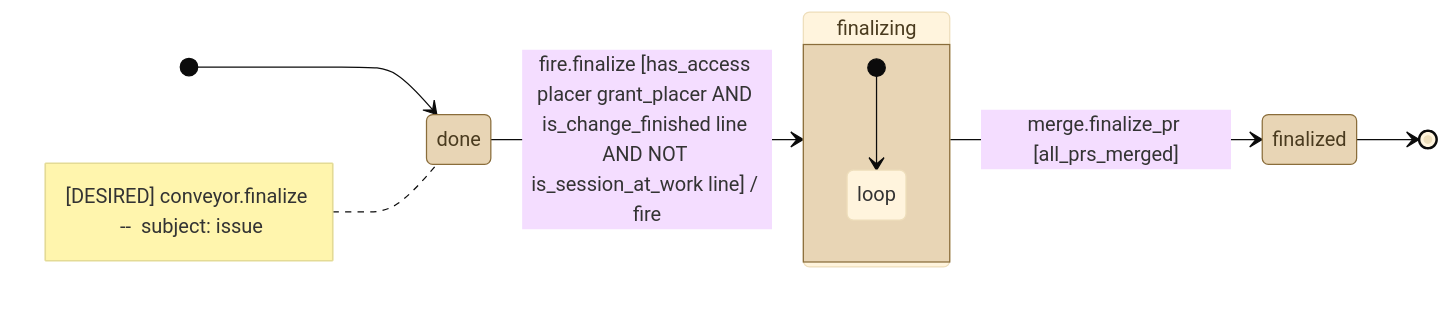
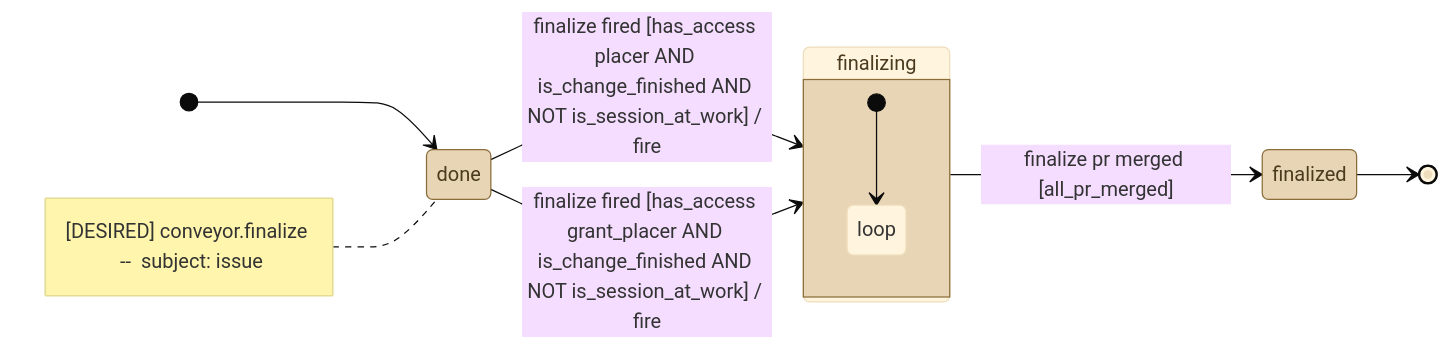
One commit to kostiantyn-matsebora/agent-ops-operator changed the diagram in .github/conveyor-model/mermaid/desired/conveyor_finalize.mmd. Above: the diagram before and after it, drawn with Mermaid (base theme). The commit also changed 4 other files, not shown here.

```diff
--- a/.github/conveyor-model/mermaid/desired/conveyor_finalize.mmd
+++ b/.github/conveyor-model/mermaid/desired/conveyor_finalize.mmd
@@ -1,19 +1,20 @@
 stateDiagram-v2
     direction LR
     [*] --> done
     note left of done
         [DESIRED] conveyor.finalize  --  subject: issue
     end note
     classDef stationState fill:#e8d5b5,stroke:#8a6d3b,color:#4a3b1f
     classDef loopState fill:#c9e4de,stroke:#2f6b5e,color:#1a3b33
     state done
     state finalizing
     state finalized
-    done --> finalizing : fire.finalize [has_access placer grant_placer AND is_change_finished line AND NOT is_session_at_work line] / fire
-    finalizing --> finalized : merge.finalize_pr [all_prs_merged]
+    done --> finalizing : finalize fired [has_access placer AND is_change_finished AND NOT is_session_at_work] / fire
+    done --> finalizing : finalize fired [has_access grant_placer AND is_change_finished AND NOT is_session_at_work] / fire
+    finalizing --> finalized : finalize pr merged [all_pr_merged]
     finalized --> [*]
     class done, finalizing, finalized stationState
     state finalizing {
         [*] --> loop
         state "loop" as loop
     }
```
